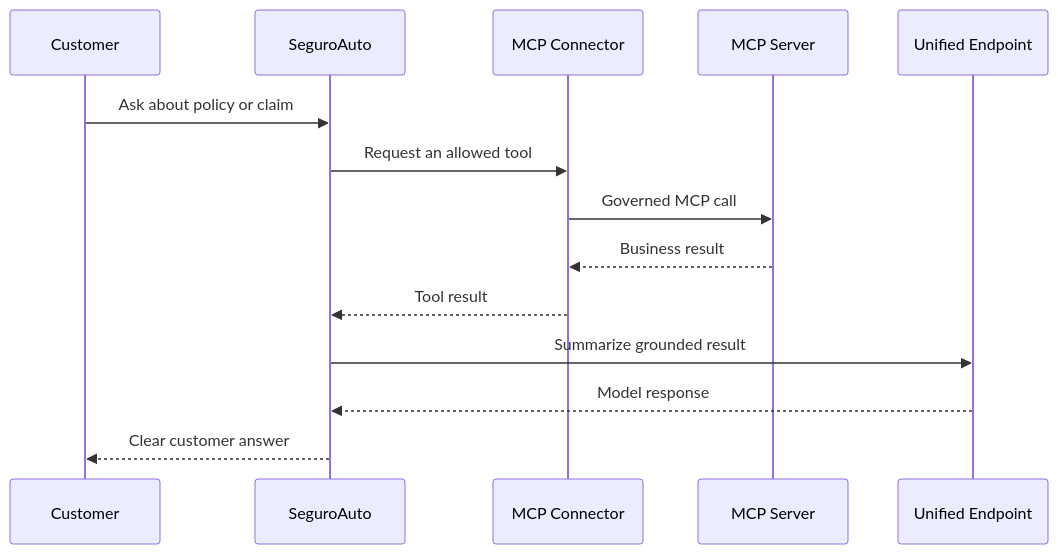
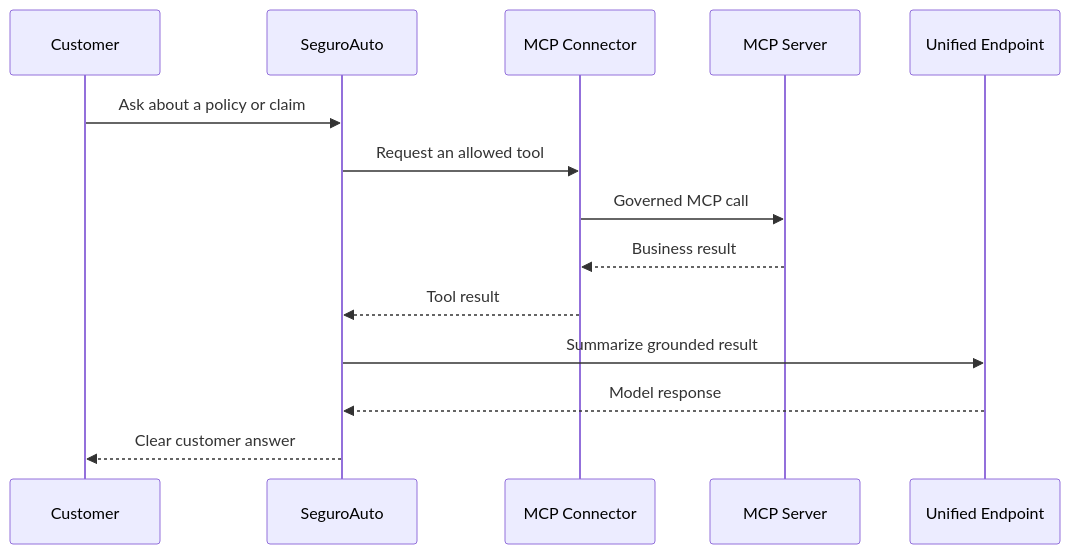
Before and after one commit to jovalen/nutanix-agent-gateway-se-demo: the second of 2 diagrams in README.md, drawn with Mermaid. The commit also changed other lines of this file, not shown here.

````diff
--- a/README.md
+++ b/README.md
@@ -48,17 +63,17 @@
 ```mermaid
 sequenceDiagram
     participant C as Customer
     participant A as SeguroAuto
     participant M as MCP Connector
     participant S as MCP Server
     participant G as Unified Endpoint
 
-    C->>A: Ask about policy or claim
+    C->>A: Ask about a policy or claim
     A->>M: Request an allowed tool
     M->>S: Governed MCP call
     S-->>M: Business result
     M-->>A: Tool result
     A->>G: Summarize grounded result
     G-->>A: Model response
     A-->>C: Clear customer answer
 ```
````
